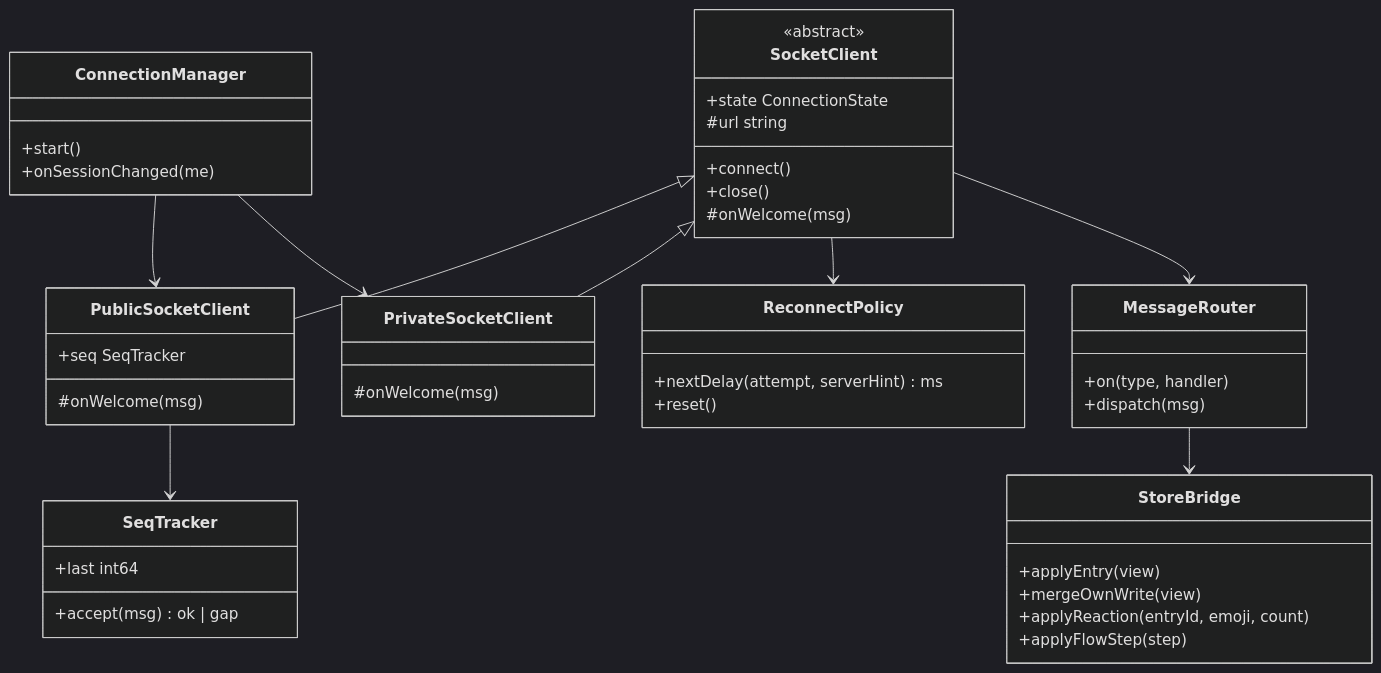
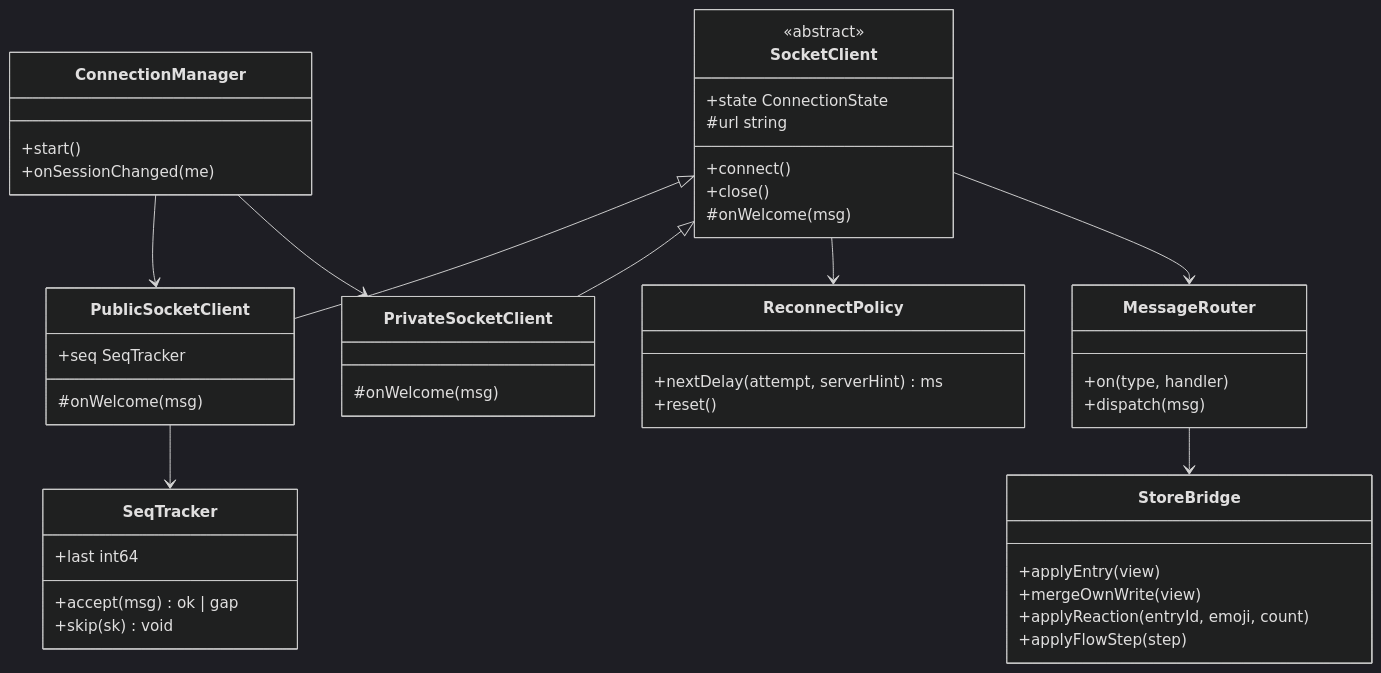
Before and after one commit to 1985jwlee/portpolio_backend: the tenth of 10 diagrams in docs/design/04-ws-protocol.md, drawn with Mermaid (dark theme). The commit also changed other lines of this file and 25 other files, not shown here.

````diff
--- a/docs/design/04-ws-protocol.md
+++ b/docs/design/04-ws-protocol.md
@@ -419,48 +429,49 @@
 ```mermaid
 classDiagram
     class SocketClient {
         <<abstract>>
         +connect()
         +close()
         +state ConnectionState
         #url string
         #onWelcome(msg)
     }
     class PublicSocketClient {
         +seq SeqTracker
         #onWelcome(msg)
     }
     class PrivateSocketClient {
         #onWelcome(msg)
     }
     class ConnectionManager {
         +start()
         +onSessionChanged(me)
     }
     class ReconnectPolicy {
         +nextDelay(attempt, serverHint) ms
         +reset()
     }
     class SeqTracker {
         +last int64
         +accept(msg) ok | gap
+        +skip(sk) void
     }
     class MessageRouter {
         +on(type, handler)
         +dispatch(msg)
     }
     class StoreBridge {
         +applyEntry(view)
         +mergeOwnWrite(view)
         +applyReaction(entryId, emoji, count)
         +applyFlowStep(step)
     }
     SocketClient <|-- PublicSocketClient
     SocketClient <|-- PrivateSocketClient
     ConnectionManager --> PublicSocketClient
     ConnectionManager --> PrivateSocketClient
     SocketClient --> ReconnectPolicy
     PublicSocketClient --> SeqTracker
     SocketClient --> MessageRouter
     MessageRouter --> StoreBridge
 ```
````
